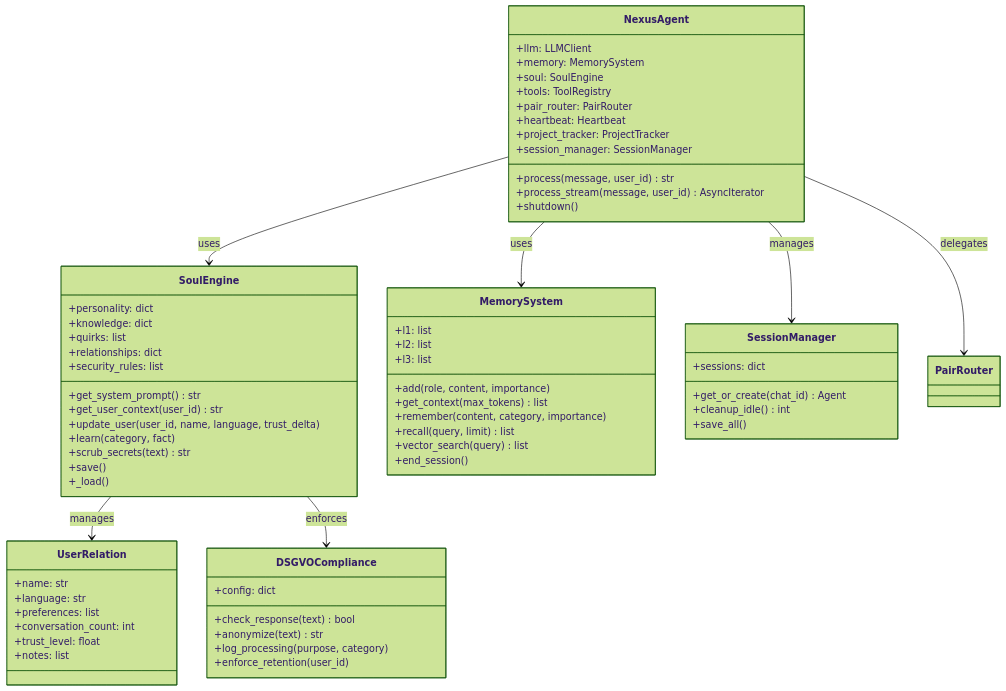
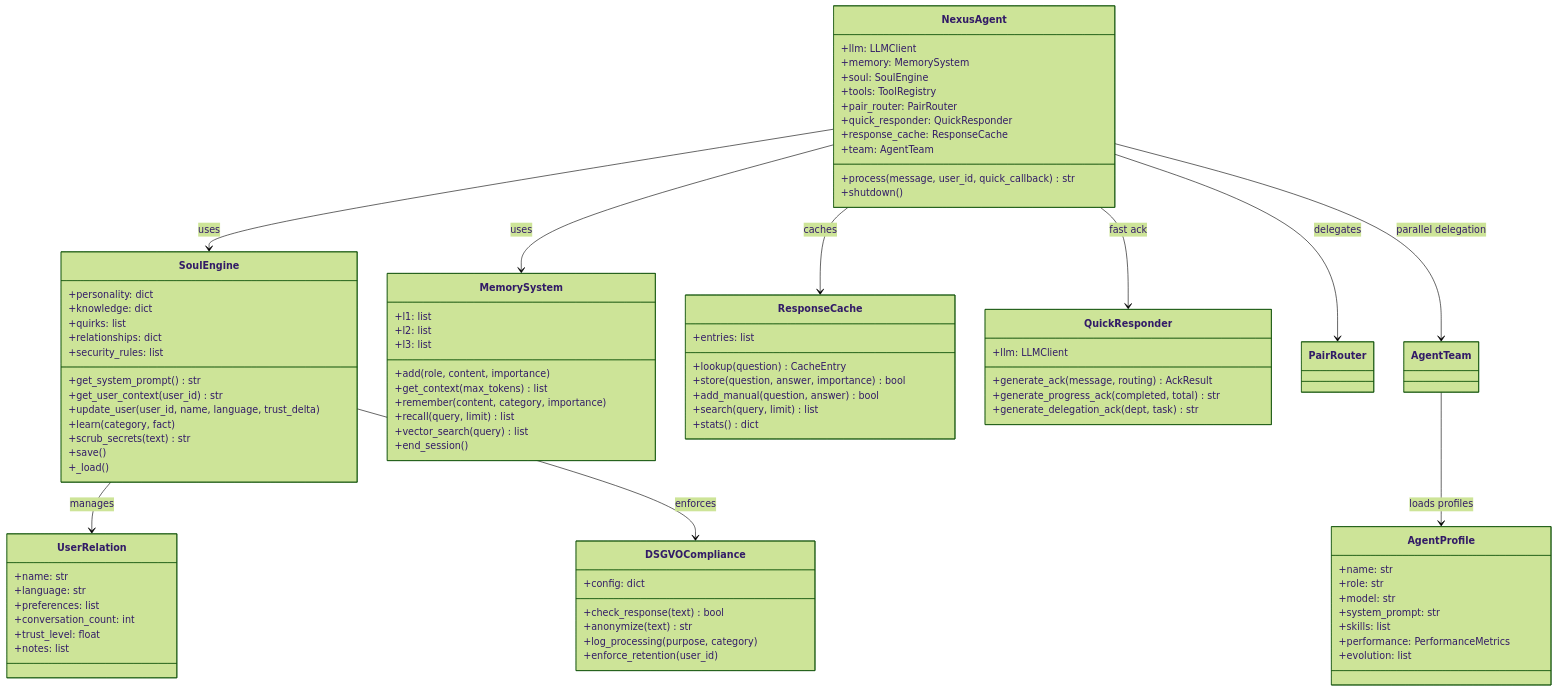
One commit to TitoPrausee/nexus-toti changed the seventh of 8 diagrams in README.md. Above: the diagram before and after it, drawn with Mermaid (forest theme). The commit also changed other lines of this file and 1 other file, not shown here.

First line of the commit message:
feat: immediate ack message + quick_callback for <4s first response

````diff
--- a/README.md
+++ b/README.md
@@ -272,11 +420,30 @@
         +end_session()
     }
 
-    class SessionManager {
-        +sessions: dict
-        +get_or_create(chat_id) Agent
-        +cleanup_idle() int
-        +save_all()
+    class ResponseCache {
+        +entries: list
+        +lookup(question) CacheEntry
+        +store(question, answer, importance) bool
+        +add_manual(question, answer) bool
+        +search(query, limit) list
+        +stats() dict
+    }
+
+    class QuickResponder {
+        +llm: LLMClient
+        +generate_ack(message, routing) AckResult
+        +generate_progress_ack(completed, total) str
+        +generate_delegation_ack(dept, task) str
+    }
+
+    class AgentProfile {
+        +name: str
+        +role: str
+        +model: str
+        +system_prompt: str
+        +skills: list
+        +performance: PerformanceMetrics
+        +evolution: list
     }
 
     class NexusAgent {
@@ -285,18 +452,20 @@
         +soul: SoulEngine
         +tools: ToolRegistry
         +pair_router: PairRouter
-        +heartbeat: Heartbeat
-        +project_tracker: ProjectTracker
-        +session_manager: SessionManager
-        +process(message, user_id) str
-        +process_stream(message, user_id) AsyncIterator
+        +quick_responder: QuickResponder
+        +response_cache: ResponseCache
+        +team: AgentTeam
+        +process(message, user_id, quick_callback) str
         +shutdown()
     }
 
     NexusAgent --> SoulEngine : uses
     NexusAgent --> MemorySystem : uses
     NexusAgent --> PairRouter : delegates
-    NexusAgent --> SessionManager : manages
+    NexusAgent --> ResponseCache : caches
+    NexusAgent --> QuickResponder : fast ack
+    NexusAgent --> AgentTeam : parallel delegation
     SoulEngine --> UserRelation : manages
     SoulEngine --> DSGVOCompliance : enforces
+    AgentTeam --> AgentProfile : loads profiles
 ```
````
